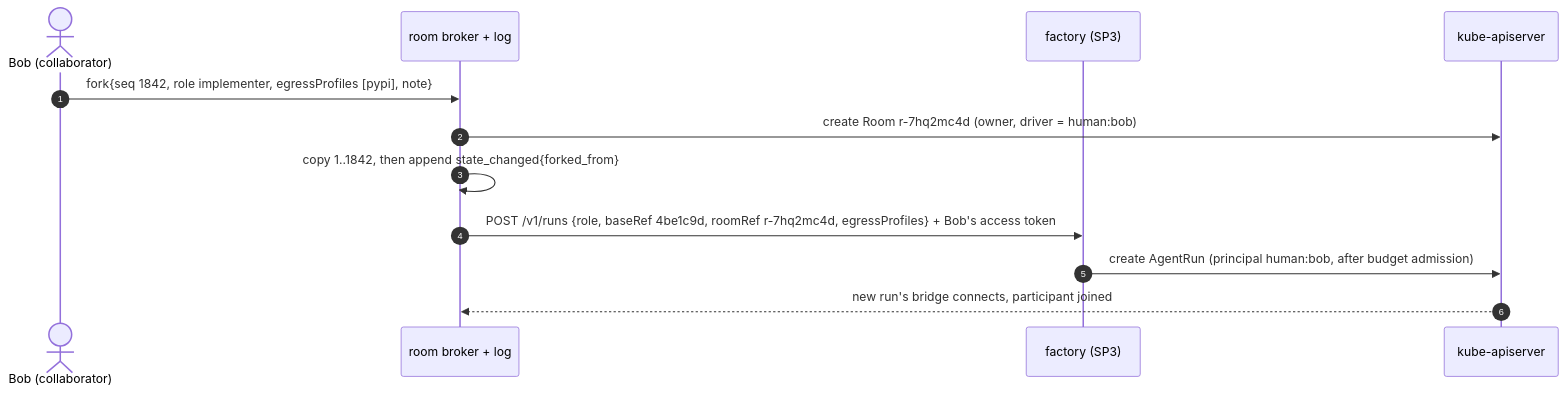
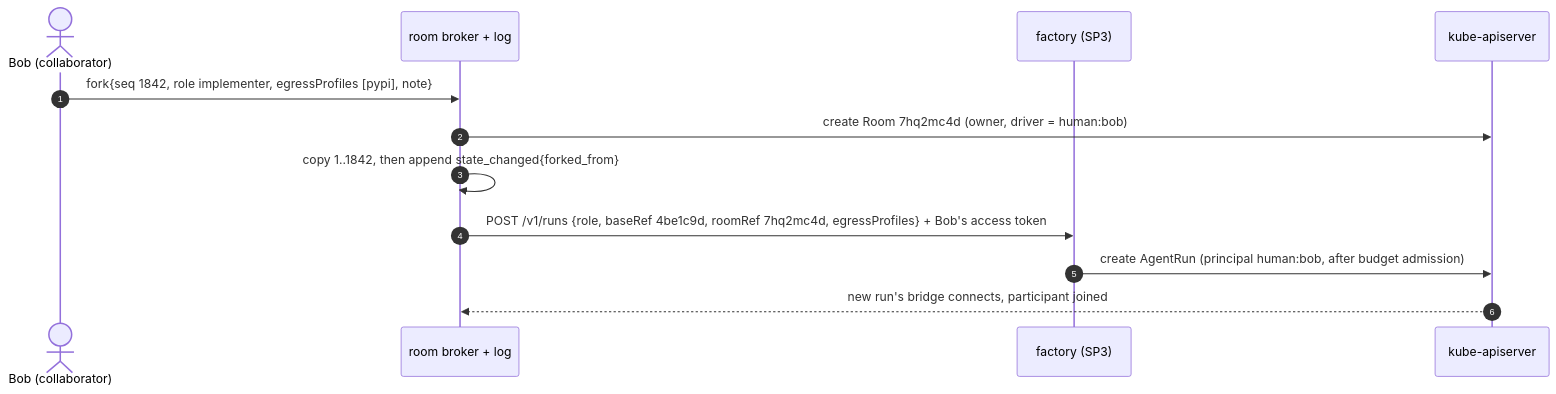
One commit to Smana/cloud-native-ref changed the fifth of 6 diagrams in docs/superpowers/specs/2026-09-23-agent-collaboration-rooms-design.md. Above: the diagram before and after it, drawn with Mermaid. The commit also changed other lines of this file and 3 other files, not shown here.

````diff
--- a/docs/superpowers/specs/2026-09-23-agent-collaboration-rooms-design.md
+++ b/docs/superpowers/specs/2026-09-23-agent-collaboration-rooms-design.md
@@ -309,14 +309,14 @@
 ```mermaid
 sequenceDiagram
   autonumber
   actor P as Bob (collaborator)
   participant BR as room broker + log
   participant F as factory (SP3)
   participant K as kube-apiserver
   P->>BR: fork{seq 1842, role implementer, egressProfiles [pypi], note}
-  BR->>K: create Room r-7hq2mc4d (owner, driver = human:bob)
+  BR->>K: create Room 7hq2mc4d (owner, driver = human:bob)
   BR->>BR: copy 1..1842, then append state_changed{forked_from}
-  BR->>F: POST /v1/runs {role, baseRef 4be1c9d, roomRef r-7hq2mc4d, egressProfiles} + Bob's access token
+  BR->>F: POST /v1/runs {role, baseRef 4be1c9d, roomRef 7hq2mc4d, egressProfiles} + Bob's access token
   F->>K: create AgentRun (principal human:bob, after budget admission)
   K-->>BR: new run's bridge connects, participant joined
 ```
````
